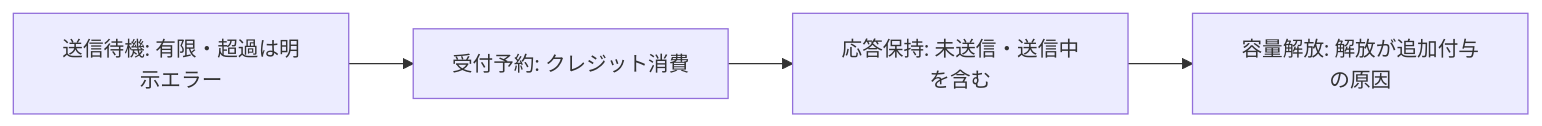
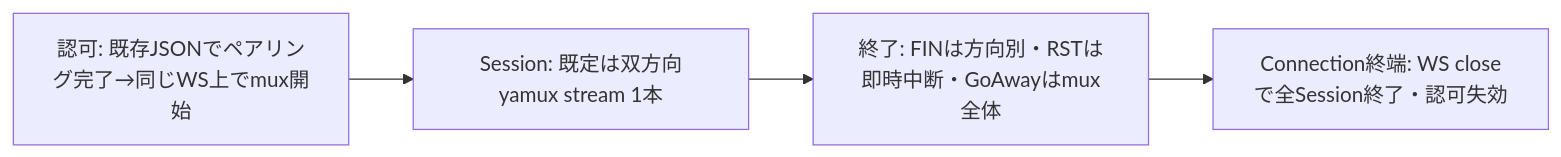
Before and after one commit to WebXR-JP/xrift-bridge: the second of 2 diagrams in design/protocol.md, drawn with Mermaid. The commit also changed other lines of this file and 5 other files, not shown here.

````diff
--- a/design/protocol.md
+++ b/design/protocol.md
@@ -74,6 +124,6 @@
 ```mermaid
 flowchart LR
-    A[送信待機: 有限・超過は明示エラー] --> B[受付予約: クレジット消費]
-    B --> C[応答保持: 未送信・送信中を含む]
-    C --> D[容量解放: 解放が追加付与の原因]
+    A[認可: 既存JSONでペアリング完了→同じWS上でmux開始] --> B[Session: 既定は双方向yamux stream 1本]
+    B --> C[終了: FINは方向別・RSTは即時中断・GoAwayはmux全体]
+    C --> D[Connection終端: WS closeで全Session終了・認可失効]
 ```
````
